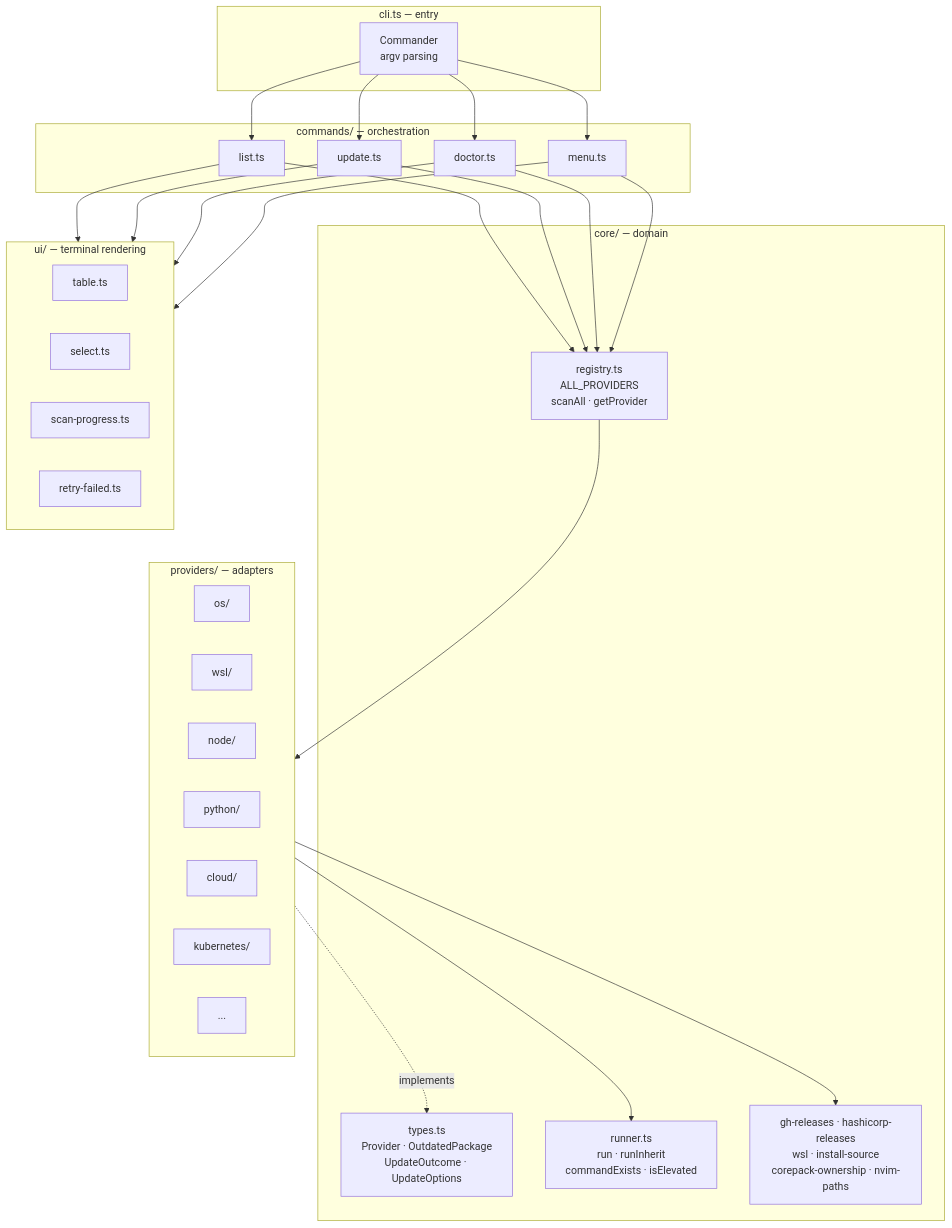
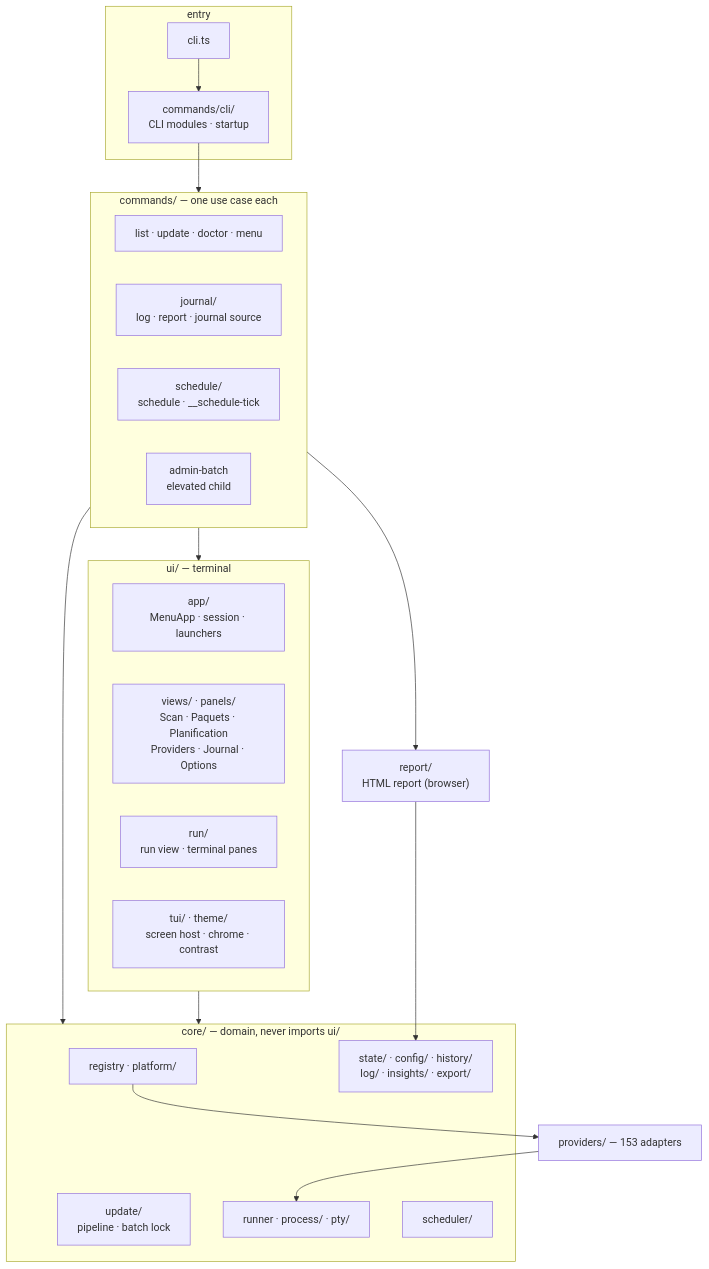
Before and after one commit to LINDECKER-Charles/gup: the second of 12 diagrams in docs/development/architecture.md, drawn with Mermaid. The commit also changed other lines of this file and 2 other files, not shown here.

First line of the commit message:
docs(architecture): redraw the layers, pipelines and run flows

````diff
--- a/docs/development/architecture.md
+++ b/docs/development/architecture.md
@@ -61,45 +84,32 @@
 ```mermaid
 flowchart TB
-    subgraph CLI["cli.ts — entry"]
-        Commander[Commander<br/>argv parsing]
+    subgraph Entry["entry"]
+        Cli["cli.ts"] --> Modules["commands/cli/<br/>CLI modules · startup"]
     end
-
-    subgraph Commands["commands/ — orchestration"]
-        ListCmd[list.ts]
-        UpdateCmd[update.ts]
-        DoctorCmd[doctor.ts]
-        MenuCmd[menu.ts]
+    subgraph Commands["commands/ — one use case each"]
+        Cmd["list · update · doctor · menu"]
+        Journal["journal/<br/>log · report · journal source"]
+        Sched["schedule/<br/>schedule · __schedule-tick"]
+        Admin["admin-batch<br/>elevated child"]
     end
-
-    subgraph Core["core/ — domain"]
-        Types[types.ts<br/>Provider · OutdatedPackage<br/>UpdateOutcome · UpdateOptions]
-        RegistryC[registry.ts<br/>ALL_PROVIDERS<br/>scanAll · getProvider]
-        RunnerC[runner.ts<br/>run · runInherit<br/>commandExists · isElevated]
-        Helpers[gh-releases · hashicorp-releases<br/>wsl · install-source<br/>corepack-ownership · nvim-paths]
+    subgraph UI["ui/ — terminal"]
+        App["app/<br/>MenuApp · session · launchers"]
+        Views["views/ · panels/<br/>Scan · Paquets · Planification<br/>Providers · Journal · Options"]
+        Run["run/<br/>run view · terminal panes"]
+        Tui["tui/ · theme/<br/>screen host · chrome · contrast"]
     end
-
-    subgraph UI["ui/ — terminal rendering"]
-        Table[table.ts]
-        Select[select.ts]
-        Progress[scan-progress.ts]
-        Retry[retry-failed.ts]
+    Report["report/<br/>HTML report (browser)"]
+    subgraph Core["core/ — domain, never imports ui/"]
+        Registry["registry · platform/"]
+        Update["update/<br/>pipeline · batch lock"]
+        Process["runner · process/ · pty/"]
+        Data["state/ · config/ · history/<br/>log/ · insights/ · export/"]
+        Scheduler["scheduler/"]
     end
-
-    subgraph ProvidersLayer["providers/ — adapters"]
-        OS[os/]
-        Wsl[wsl/]
-        Node[node/]
-        Python[python/]
-        Cloud[cloud/]
-        K8s[kubernetes/]
-        Etc[...]
-    end
-
-    Commander --> ListCmd & UpdateCmd & DoctorCmd & MenuCmd
-    ListCmd & UpdateCmd & DoctorCmd & MenuCmd --> RegistryC
-    ListCmd & UpdateCmd & DoctorCmd & MenuCmd --> UI
-    RegistryC --> ProvidersLayer
-    ProvidersLayer --> RunnerC
-    ProvidersLayer --> Helpers
-    ProvidersLayer -.implements.-> Types
+    Providers["providers/ — 153 adapters"]
+    Modules --> Commands
+    Commands --> UI & Report & Core
+    UI --> Core
+    Report --> Data
+    Registry --> Providers --> Process
 ```
````
